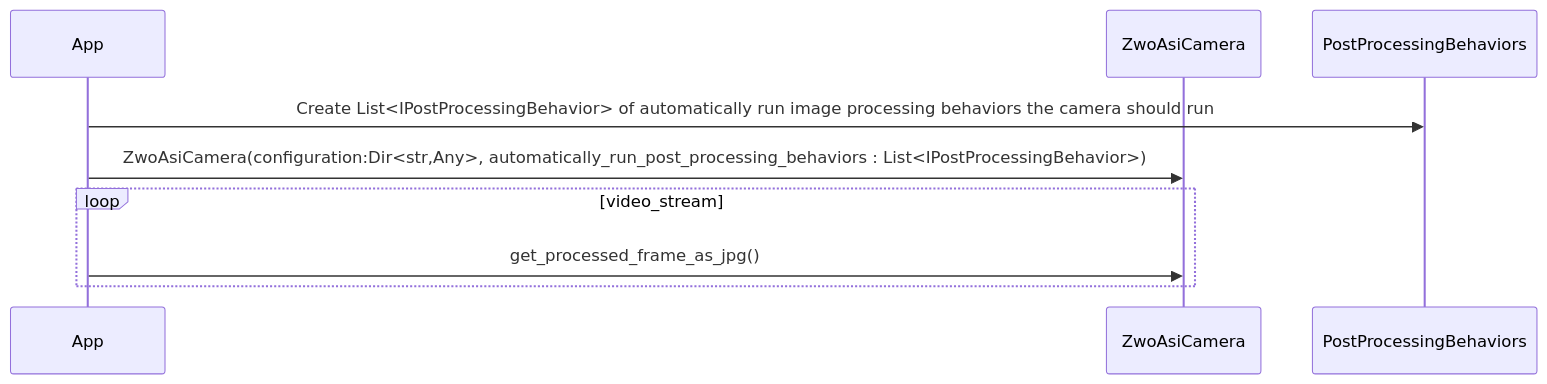
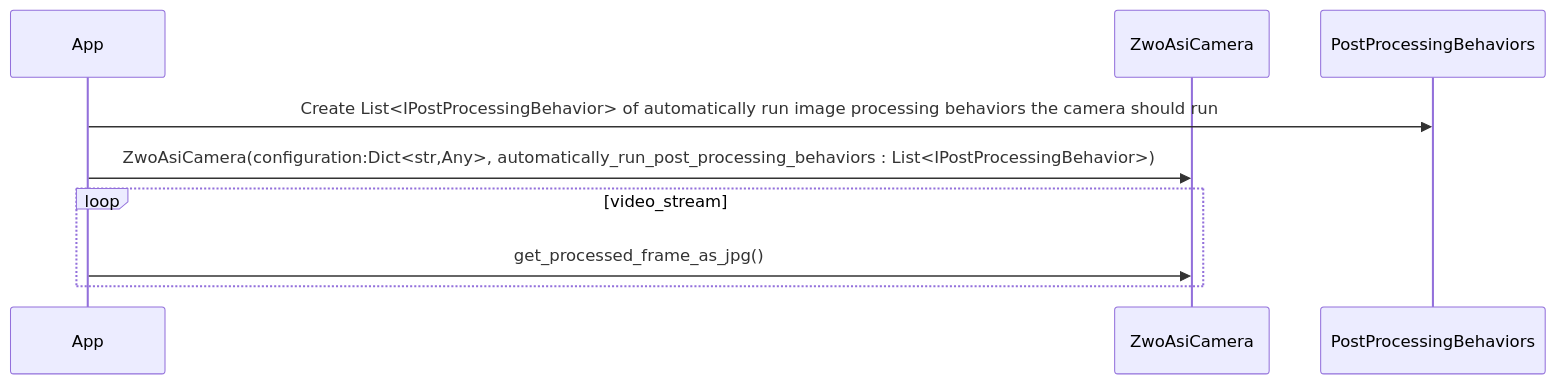
The third of 5 diagrams in application/asi-camera-design.md (mgrandau/telescope-control), drawn with Mermaid before and after one commit. The commit also changed other lines of this file and 2 other files, not shown here.

Commit message:
Update desigm - Code camera class

````diff
--- a/application/asi-camera-design.md
+++ b/application/asi-camera-design.md
@@ -129,14 +127,14 @@
 ```mermaid
 sequenceDiagram
   participant App
   participant ZwoAsiCamera
   participant PostProcessingBehaviors
 
   App->>PostProcessingBehaviors: Create List<IPostProcessingBehavior> of automatically run image processing behaviors the camera should run
 
-  App->>ZwoAsiCamera: ZwoAsiCamera(configuration:Dir<str,Any>, automatically_run_post_processing_behaviors : List<IPostProcessingBehavior>)
+  App->>ZwoAsiCamera: ZwoAsiCamera(configuration:Dict<str,Any>, automatically_run_post_processing_behaviors : List<IPostProcessingBehavior>)
 
   loop video_stream
     App->>ZwoAsiCamera: get_processed_frame_as_jpg()
   end
 ```
````
